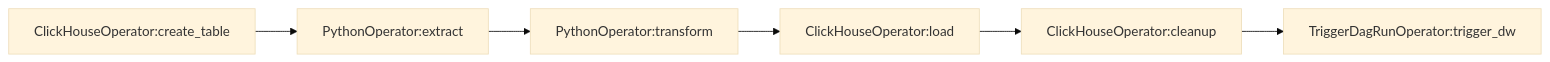
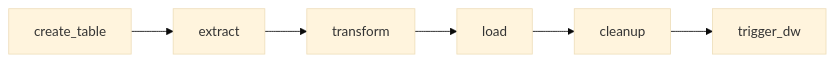
Before and after one commit to Marvisyeh/ETL-with-Apache-Airflow: the first of 3 diagrams in README.md, drawn with Mermaid (base theme). The commit also changed other lines of this file and 6 other files, not shown here.

````diff
--- a/README.md
+++ b/README.md
@@ -217,4 +179,4 @@
 ```mermaid
 graph LR
-ClickHouseOperator:create_table --> PythonOperator:extract --> PythonOperator:transform --> ClickHouseOperator:load --> ClickHouseOperator:cleanup --> TriggerDagRunOperator:trigger_dw
+A[create_table] --> B[extract] --> C[transform] --> D[load] --> E[cleanup] --> F[trigger_dw]
 ```
````
